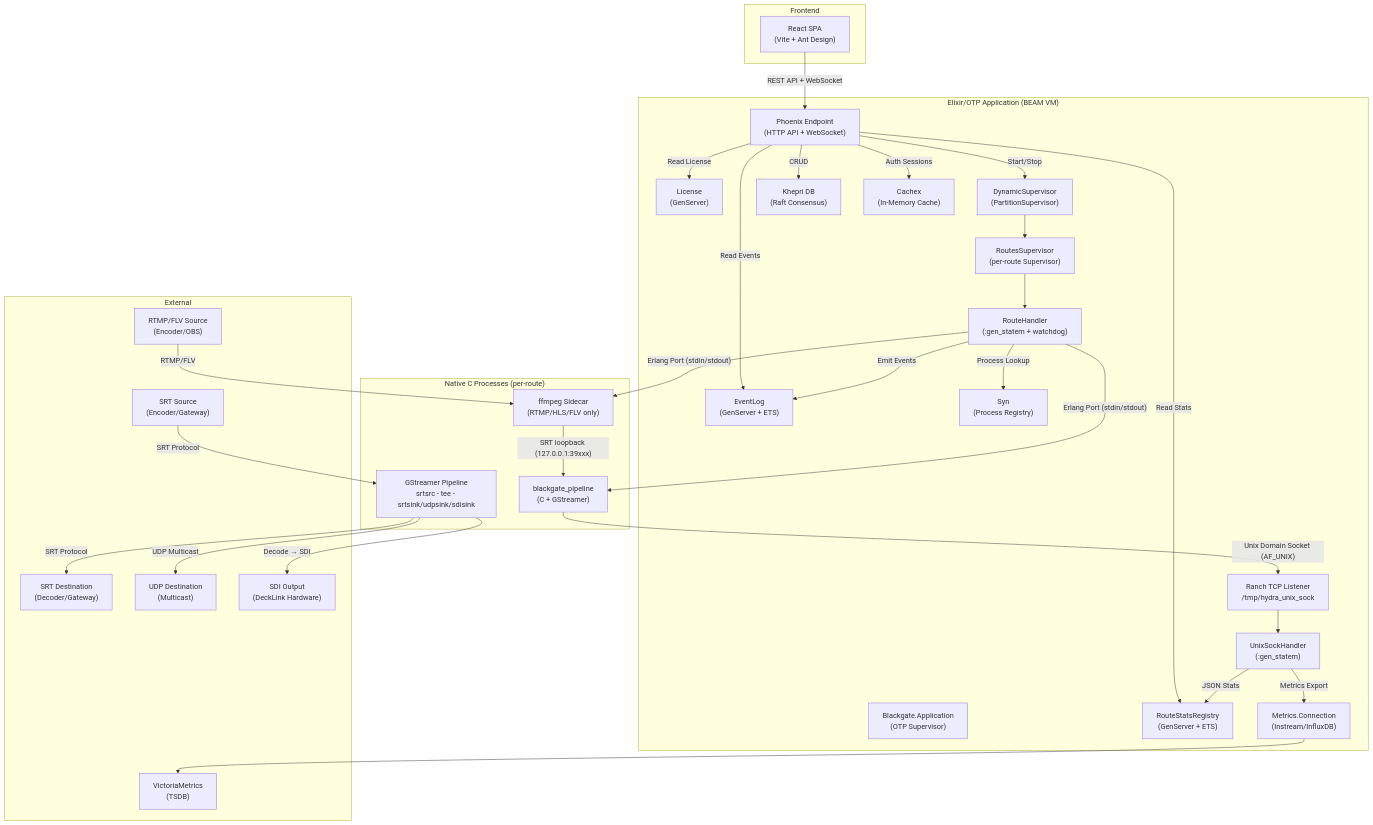
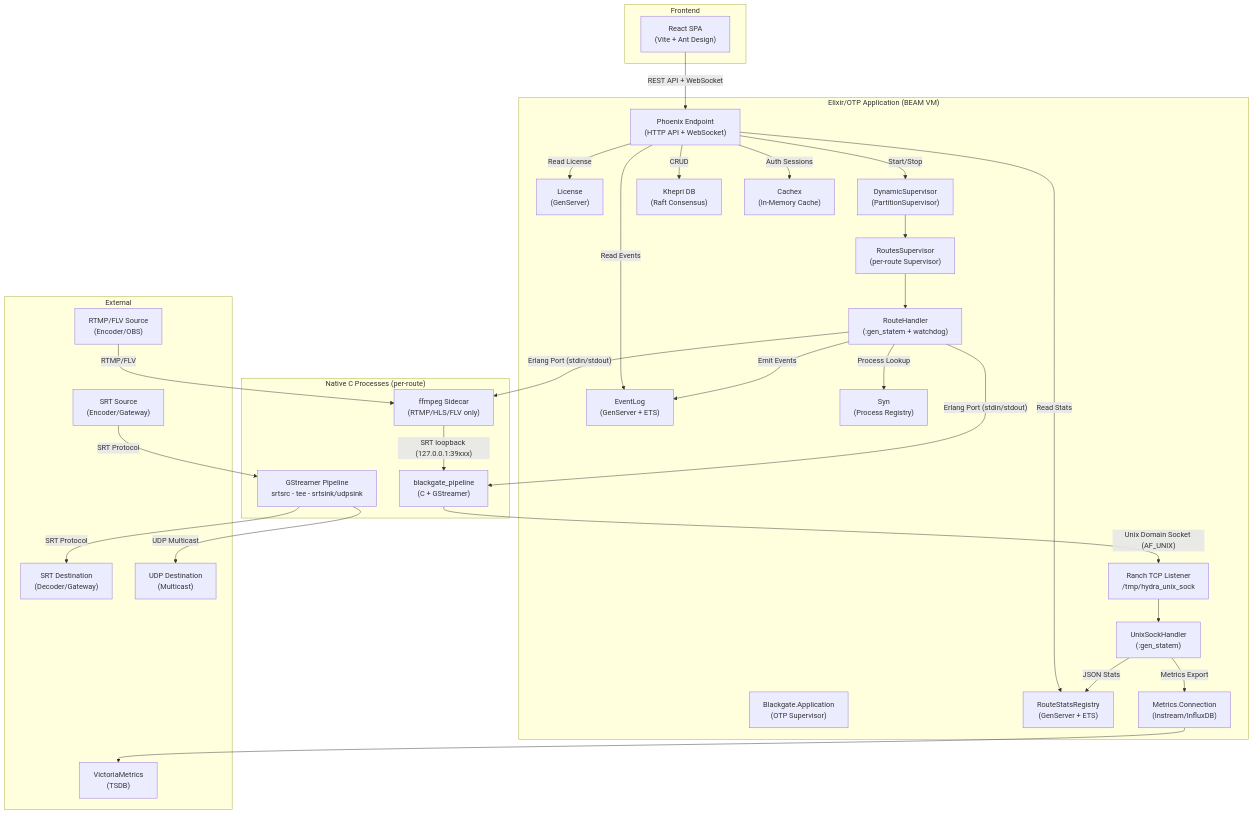
One commit to visual-alchemy/blackgate-project changed the diagram in docs/BLACKGATE_TECHNICAL_ANALYSIS.md. Above: the diagram before and after it, drawn with Mermaid. The commit also changed other lines of this file and 31 other files, not shown here.

First line of the commit message:
chore!: purge residual DeckLink/SDI refs for IP-only Lite

````diff
--- a/docs/BLACKGATE_TECHNICAL_ANALYSIS.md
+++ b/docs/BLACKGATE_TECHNICAL_ANALYSIS.md
@@ -24,66 +24,64 @@
 ```mermaid
 graph TB
     subgraph "Elixir/OTP Application (BEAM VM)"
         APP["Blackgate.Application<br/>(OTP Supervisor)"]
         RANCH["Ranch TCP Listener<br/>/tmp/hydra_unix_sock"]
         USH["UnixSockHandler<br/>(:gen_statem)"]
         RSR["RouteStatsRegistry<br/>(GenServer + ETS)"]
         EVL["EventLog<br/>(GenServer + ETS)"]
         LIC["License<br/>(GenServer)"]
         DS["DynamicSupervisor<br/>(PartitionSupervisor)"]
         RS["RoutesSupervisor<br/>(per-route Supervisor)"]
         RH["RouteHandler<br/>(:gen_statem + watchdog)"]
         KHEPRI["Khepri DB<br/>(Raft Consensus)"]
         CACHEX["Cachex<br/>(In-Memory Cache)"]
         SYN["Syn<br/>(Process Registry)"]
         PHOENIX["Phoenix Endpoint<br/>(HTTP API + WebSocket)"]
         METRICS["Metrics.Connection<br/>(Instream/InfluxDB)"]
     end
 
     subgraph "Native C Processes (per-route)"
         NATIVE["blackgate_pipeline<br/>(C + GStreamer)"]
         FFMPEG["ffmpeg Sidecar<br/>(RTMP/HLS/FLV only)"]
-        GST["GStreamer Pipeline<br/>srtsrc - tee - srtsink/udpsink/sdisink"]
+        GST["GStreamer Pipeline<br/>srtsrc - tee - srtsink/udpsink"]
     end
 
     subgraph "Frontend"
         REACT["React SPA<br/>(Vite + Ant Design)"]
     end
 
     subgraph "External"
         SRT_IN["SRT Source<br/>(Encoder/Gateway)"]
         RTMP_IN["RTMP/FLV Source<br/>(Encoder/OBS)"]
         SRT_OUT["SRT Destination<br/>(Decoder/Gateway)"]
         UDP_OUT["UDP Destination<br/>(Multicast)"]
-        SDI_OUT["SDI Output<br/>(DeckLink Hardware)"]
         VM["VictoriaMetrics<br/>(TSDB)"]
     end
 
     REACT -->|REST API + WebSocket| PHOENIX
     PHOENIX -->|CRUD| KHEPRI
     PHOENIX -->|Auth Sessions| CACHEX
     PHOENIX -->|Read Stats| RSR
     PHOENIX -->|Read Events| EVL
     PHOENIX -->|Read License| LIC
     PHOENIX -->|Start/Stop| DS
 
     DS --> RS --> RH
     RH -->|"Erlang Port (stdin/stdout)"| NATIVE
     RH -->|"Erlang Port (stdin/stdout)"| FFMPEG
     RH -->|Process Lookup| SYN
     RH -->|Emit Events| EVL
 
     FFMPEG -->|"SRT loopback (127.0.0.1:39xxx)"| NATIVE
 
     NATIVE -->|"Unix Domain Socket (AF_UNIX)"| RANCH
     RANCH --> USH
     USH -->|JSON Stats| RSR
     USH -->|Metrics Export| METRICS
     METRICS --> VM
 
     SRT_IN -->|SRT Protocol| GST
     RTMP_IN -->|RTMP/FLV| FFMPEG
     GST -->|SRT Protocol| SRT_OUT
     GST -->|UDP Multicast| UDP_OUT
-    GST -->|Decode → SDI| SDI_OUT
 ```
````
